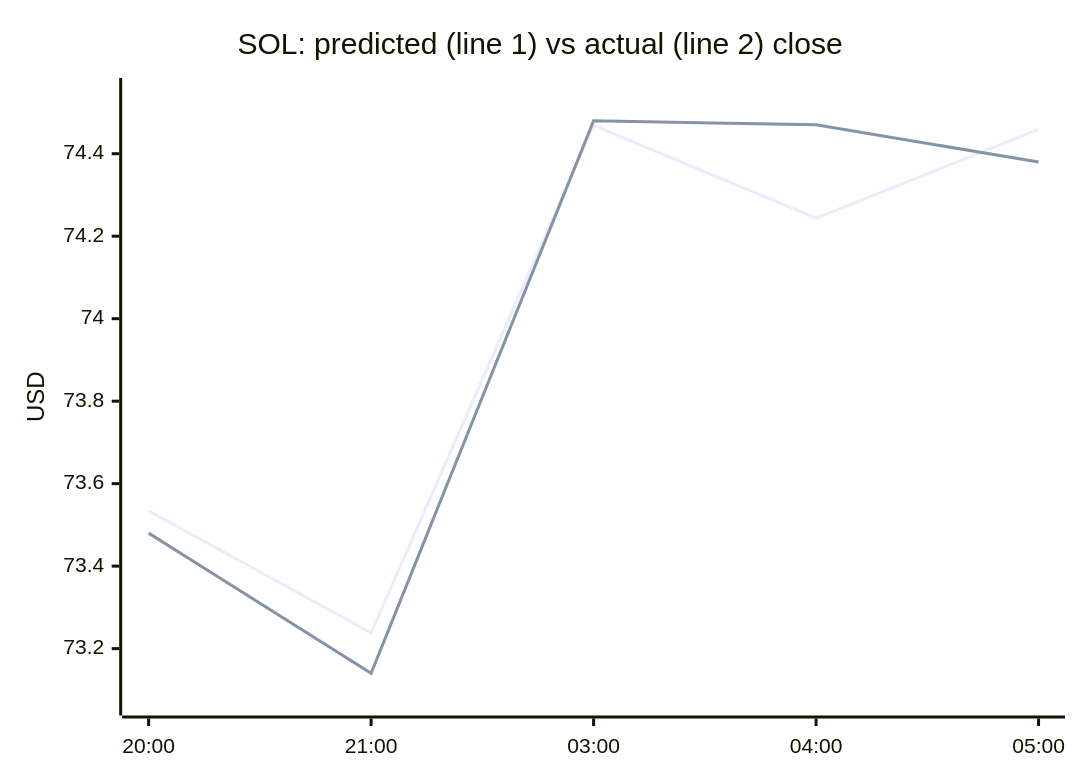
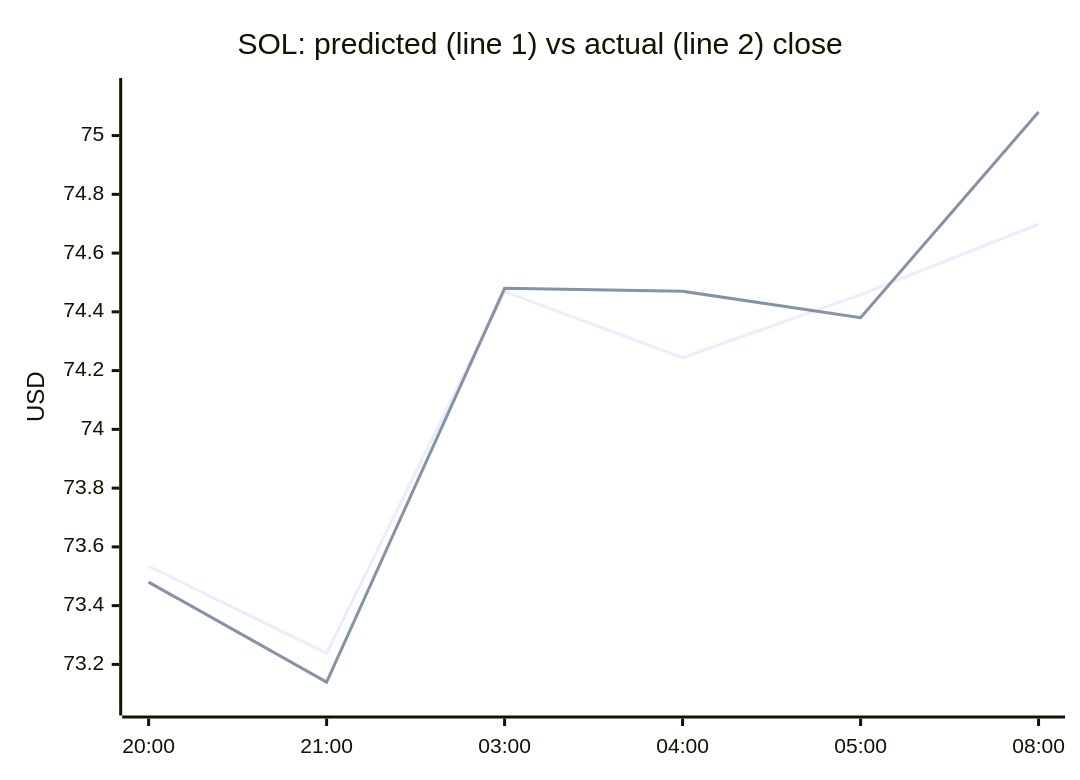
One commit to samuelkreitl-wq/crypto-hourly-forecaster changed the third of 4 diagrams in README.md. Above: the diagram before and after it, drawn with Mermaid. The commit also changed other lines of this file and 14 other files, not shown here.

````diff
--- a/README.md
+++ b/README.md
@@ -56,8 +56,8 @@
 ```mermaid
 xychart-beta
     title "SOL: predicted (line 1) vs actual (line 2) close"
-    x-axis ["20:00", "21:00", "03:00", "04:00", "05:00"]
-    y-axis "USD" 73.0669 --> 74.5545
-    line [73.5341, 73.2381, 74.4685, 74.2437, 74.4589]
-    line [73.4800, 73.1400, 74.4800, 74.4700, 74.3800]
+    x-axis ["20:00", "21:00", "03:00", "04:00", "05:00", "08:00"]
+    y-axis "USD" 73.0669 --> 75.1551
+    line [73.5341, 73.2381, 74.4685, 74.2437, 74.4589, 74.6981]
+    line [73.4800, 73.1400, 74.4800, 74.4700, 74.3800, 75.0800]
 ```
````
